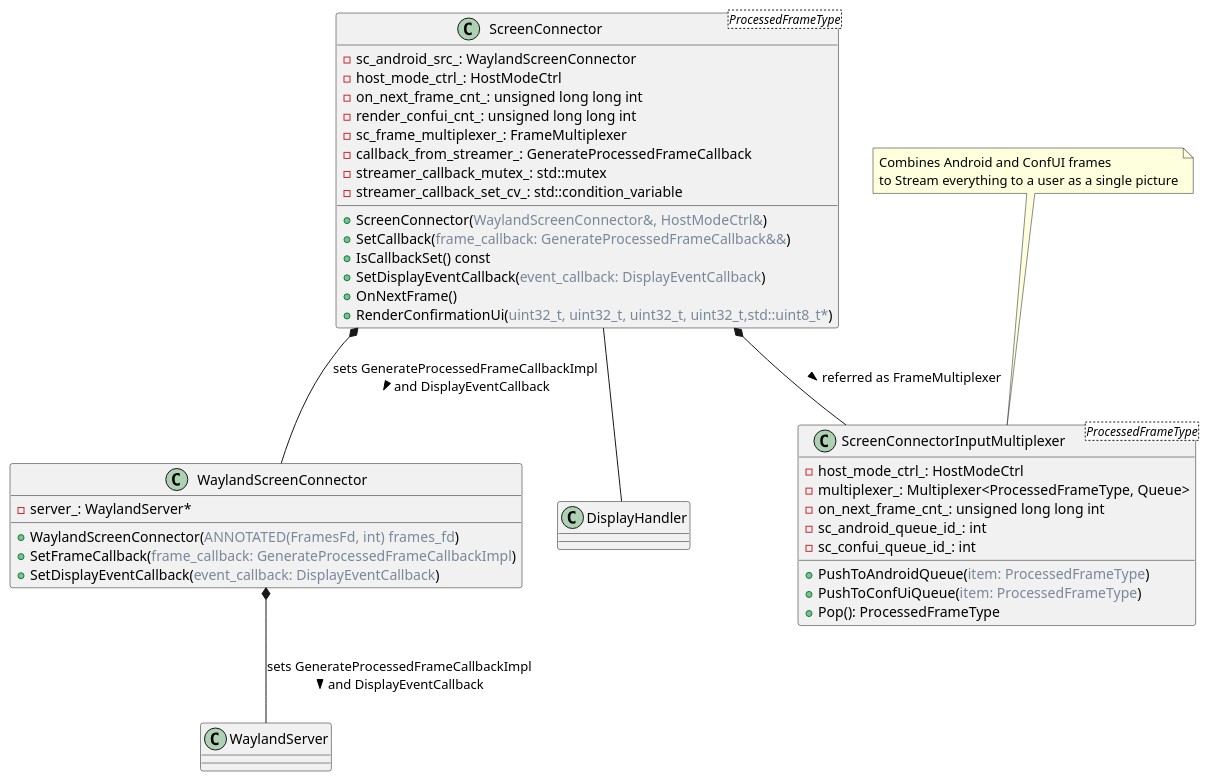
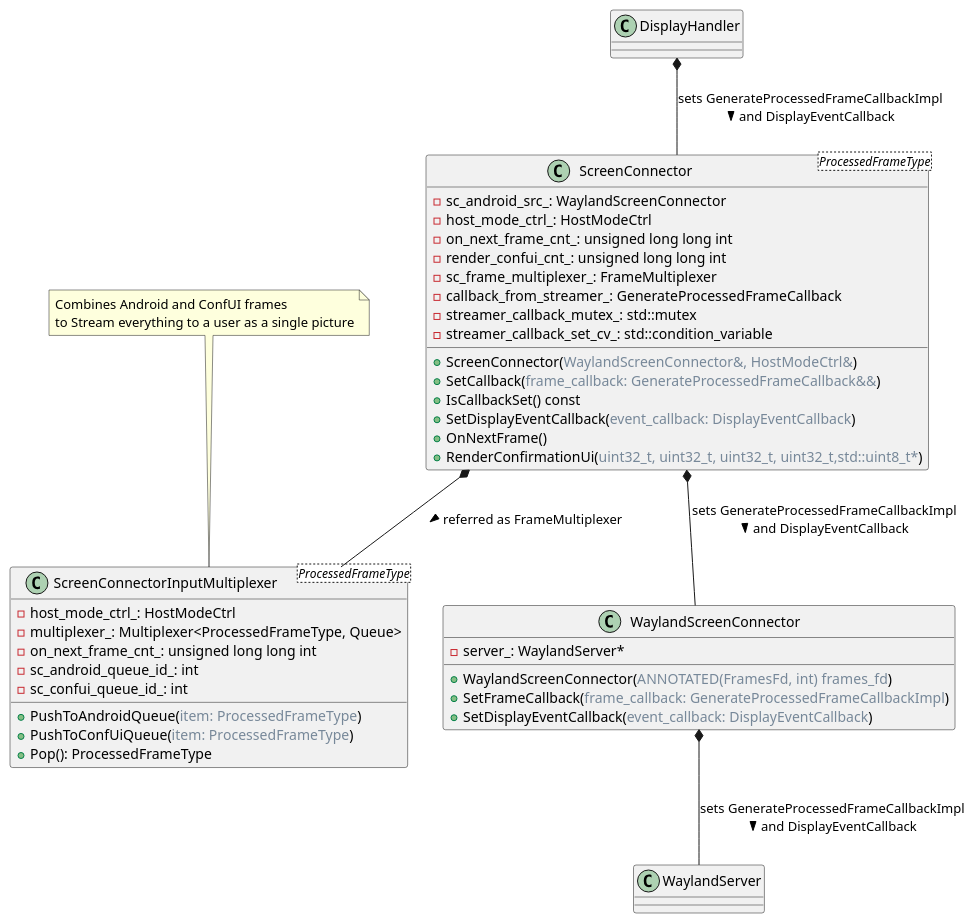
Before and after one commit to dmitvitalii/cf_diagrams: the diagram in screen_connector_diagram.puml, drawn with PlantUML.

Commit message:
Describe the DisplayHandler <-> ScreenConnector relationship

```diff
--- a/screen_connector_diagram.puml
+++ b/screen_connector_diagram.puml
@@ -1,45 +1,46 @@
 @startuml
 
 class ScreenConnector<ProcessedFrameType> {
   -sc_android_src_: WaylandScreenConnector
   -host_mode_ctrl_: HostModeCtrl
   -on_next_frame_cnt_: unsigned long long int
   -render_confui_cnt_: unsigned long long int
   -sc_frame_multiplexer_: FrameMultiplexer
   -callback_from_streamer_: GenerateProcessedFrameCallback
   -streamer_callback_mutex_: std::mutex
   -streamer_callback_set_cv_: std::condition_variable
   +ScreenConnector(<color:LightSlateGray>WaylandScreenConnector&, HostModeCtrl&</color>)
   +SetCallback(<color:LightSlateGray>frame_callback: GenerateProcessedFrameCallback&&</color>)
   +IsCallbackSet() const
   +SetDisplayEventCallback(<color:LightSlateGray>event_callback: DisplayEventCallback</color>)
   +OnNextFrame()
   +RenderConfirmationUi(<color:LightSlateGray>uint32_t, uint32_t, uint32_t, uint32_t,std::uint8_t*</color>)
 }
 
 class ScreenConnectorInputMultiplexer<ProcessedFrameType> {
   - host_mode_ctrl_: HostModeCtrl
   - multiplexer_: Multiplexer<ProcessedFrameType, Queue>
   - on_next_frame_cnt_: unsigned long long int
   - sc_android_queue_id_: int
   - sc_confui_queue_id_: int
   + PushToAndroidQueue(<color:LightSlateGray>item: ProcessedFrameType</color>)
   + PushToConfUiQueue(<color:LightSlateGray>item: ProcessedFrameType</color>)
   + Pop(): ProcessedFrameType
 }
 note top of ScreenConnectorInputMultiplexer: Combines Android and ConfUI frames\nto Stream everything to a user as a single picture
 
 class WaylandScreenConnector {
   -server_: WaylandServer*
   +WaylandScreenConnector(<color:LightSlateGray>ANNOTATED(FramesFd, int) frames_fd</color>)
   +SetFrameCallback(<color:LightSlateGray>frame_callback: GenerateProcessedFrameCallbackImpl</color>)
   +SetDisplayEventCallback(<color:LightSlateGray>event_callback: DisplayEventCallback</color>)
 }
 
 ScreenConnector *-- ScreenConnectorInputMultiplexer : referred as FrameMultiplexer >
 ScreenConnector *-- WaylandScreenConnector : sets GenerateProcessedFrameCallbackImpl\nand DisplayEventCallback >
-ScreenConnector -- DisplayHandler
+
+DisplayHandler *-- ScreenConnector : sets GenerateProcessedFrameCallbackImpl\nand DisplayEventCallback >
 
 WaylandScreenConnector *-- WaylandServer : sets GenerateProcessedFrameCallbackImpl\nand DisplayEventCallback >
 
 @enduml
```
